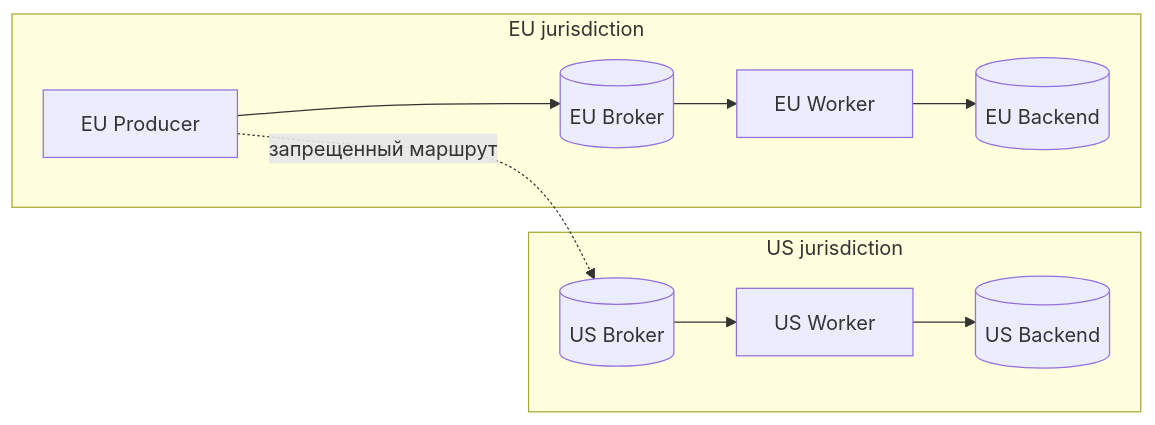
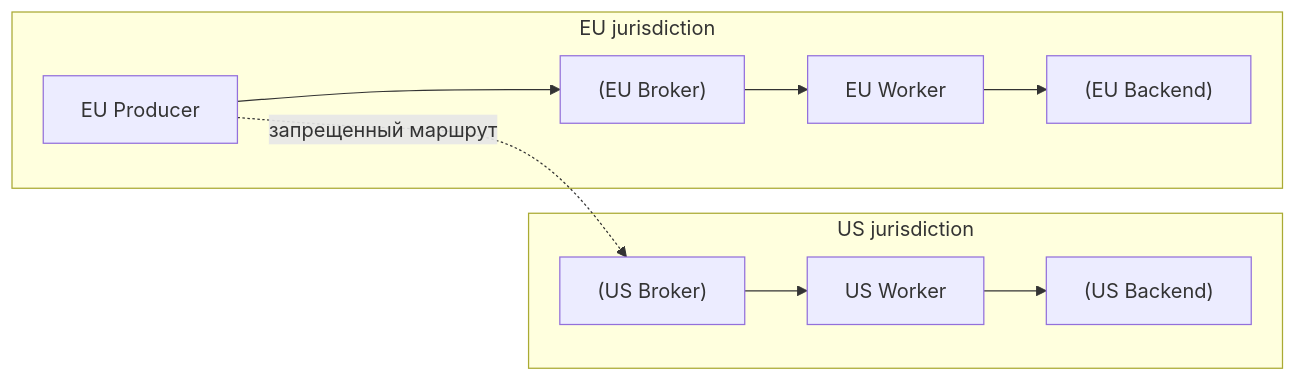
One commit to DDoSKudya/ai-study-atlas changed the diagram in directions/services/celery/pact/31_komplaens_dannye_audit_i_politiki/14_31_31_4_rezidentnost_i_yurisdiktsii.md. Above: the diagram before and after it, drawn with Mermaid. The commit also changed 322 other files, not shown here.

Commit message:
fix(docs): make mermaid diagrams GitHub-compatible across directions content

````diff
--- a/directions/services/celery/pact/31_komplaens_dannye_audit_i_politiki/14_31_31_4_rezidentnost_i_yurisdiktsii.md
+++ b/directions/services/celery/pact/31_komplaens_dannye_audit_i_politiki/14_31_31_4_rezidentnost_i_yurisdiktsii.md
@@ -54,17 +54,17 @@
 ```mermaid
 flowchart LR
-    subgraph EU[EU jurisdiction]
-      A[EU Producer]
-      B[(EU Broker)]
-      C[EU Worker]
-      D[(EU Backend)]
+    subgraph EU["EU jurisdiction"]
+      A["EU Producer"]
+      B["(EU Broker)"]
+      C["EU Worker"]
+      D["(EU Backend)"]
     end
-    subgraph US[US jurisdiction]
-      E[(US Broker)]
-      F[US Worker]
-      G[(US Backend)]
+    subgraph US["US jurisdiction"]
+      E["(US Broker)"]
+      F["US Worker"]
+      G["(US Backend)"]
     end
     A --> B --> C --> D
     A -. запрещенный маршрут .-> E
     E --> F --> G
 ```
````
